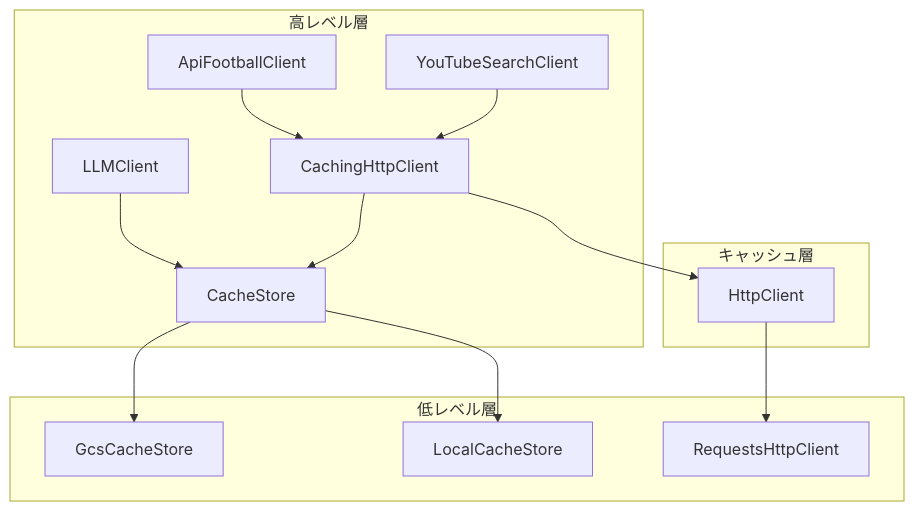
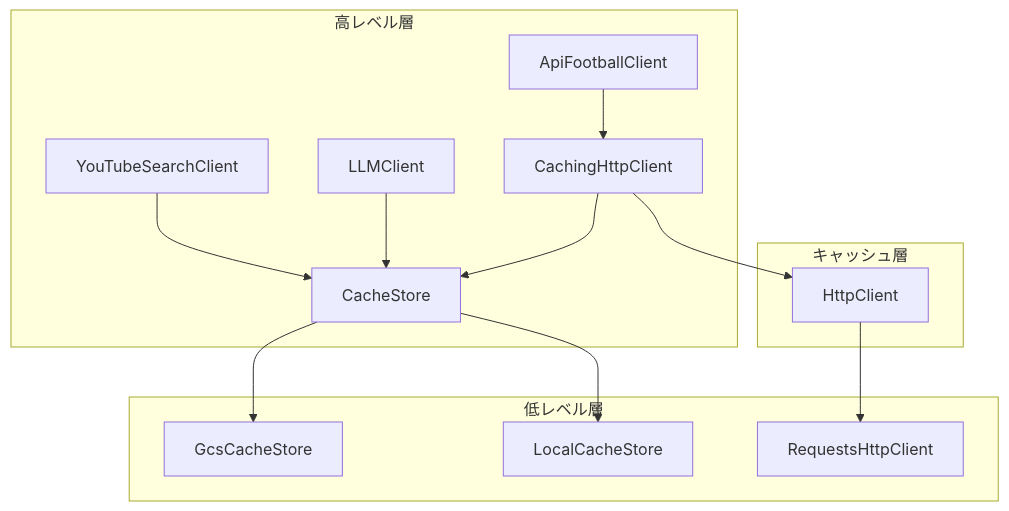
Before and after one commit to igrekplus/football-delay-watching: the first of 2 diagrams in docs/03_components/cache.md, drawn with Mermaid. The commit also changed other lines of this file, not shown here.

Commit message:
docs: update youtube cache design and quota info based on GCS integration and analysis

````diff
--- a/docs/03_components/cache.md
+++ b/docs/03_components/cache.md
@@ -30,19 +30,19 @@
 ```mermaid
 graph TD
     subgraph "高レベル層"
         A[ApiFootballClient] --> B[CachingHttpClient]
-        Y[YouTubeSearchClient] --> B
-        L[LLMClient] --> C[CacheStore]
+        Y[YouTubeSearchClient] --> C[CacheStore]
+        L[LLMClient] --> C
     end
     
     subgraph "キャッシュ層"
         B --> C[CacheStore]
         B --> D[HttpClient]
     end
     
     subgraph "低レベル層"
         C --> E[GcsCacheStore]
         C --> F[LocalCacheStore]
         D --> H[RequestsHttpClient]
     end
 ```
````
